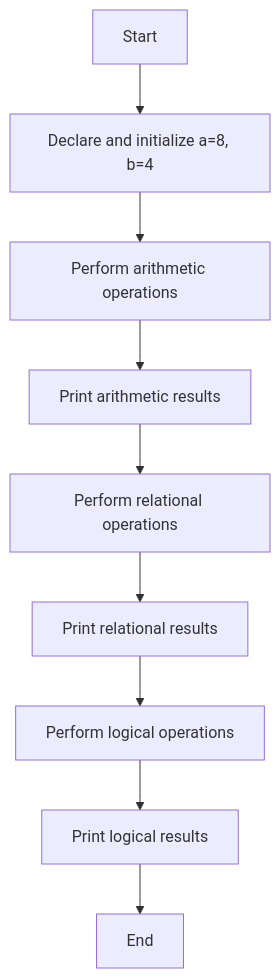
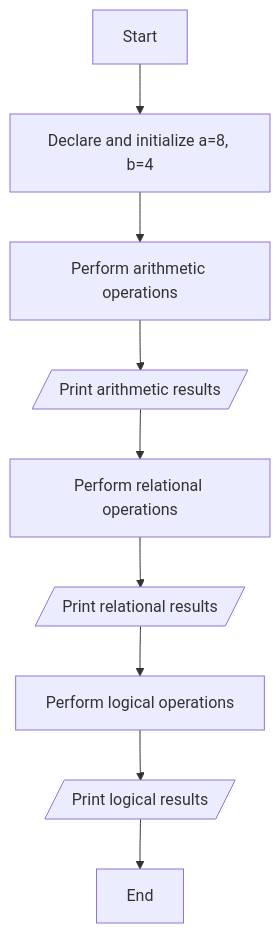
The diagram in P2 - Arithmetic, Relational and Logical Operators.md (Vinit-source/Programming-for-problem-solving), drawn with Mermaid before and after one commit. The commit also changed other lines of this file, not shown here.

Commit message:
P2 - Arithmetic, Relational and Logical Operators.md updated from https://stackedit.io/

````diff
--- a/P2 - Arithmetic, Relational and Logical Operators.md
+++ b/P2 - Arithmetic, Relational and Logical Operators.md
@@ -28,11 +28,11 @@
 ```mermaid
 graph TD;
     A[Start] --> B[Declare and initialize a=8, b=4];
     B --> C[Perform arithmetic operations];
-    C --> D[Print arithmetic results];
+    C --> D[/Print arithmetic results/];
     D --> E[Perform relational operations];
-    E --> F[Print relational results];
+    E --> F[/Print relational results/];
     F --> G[Perform logical operations];
-    G --> H[Print logical results];
+    G --> H[/Print logical results/];
     H --> I[End];
 ```
````
